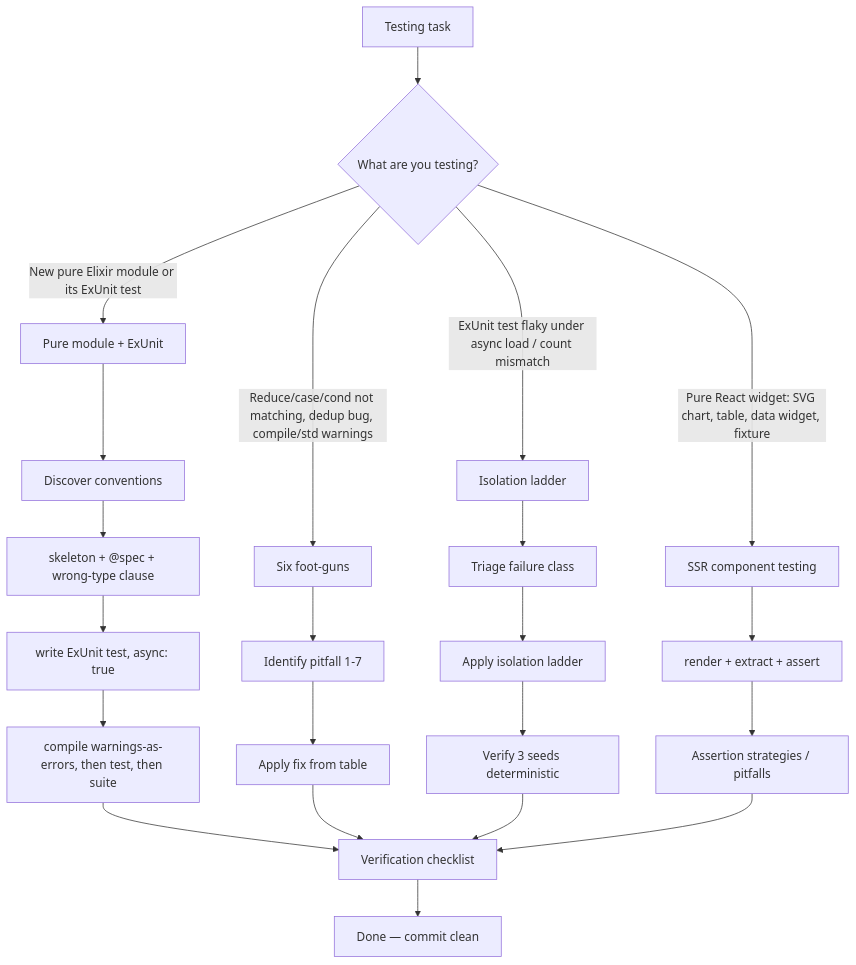
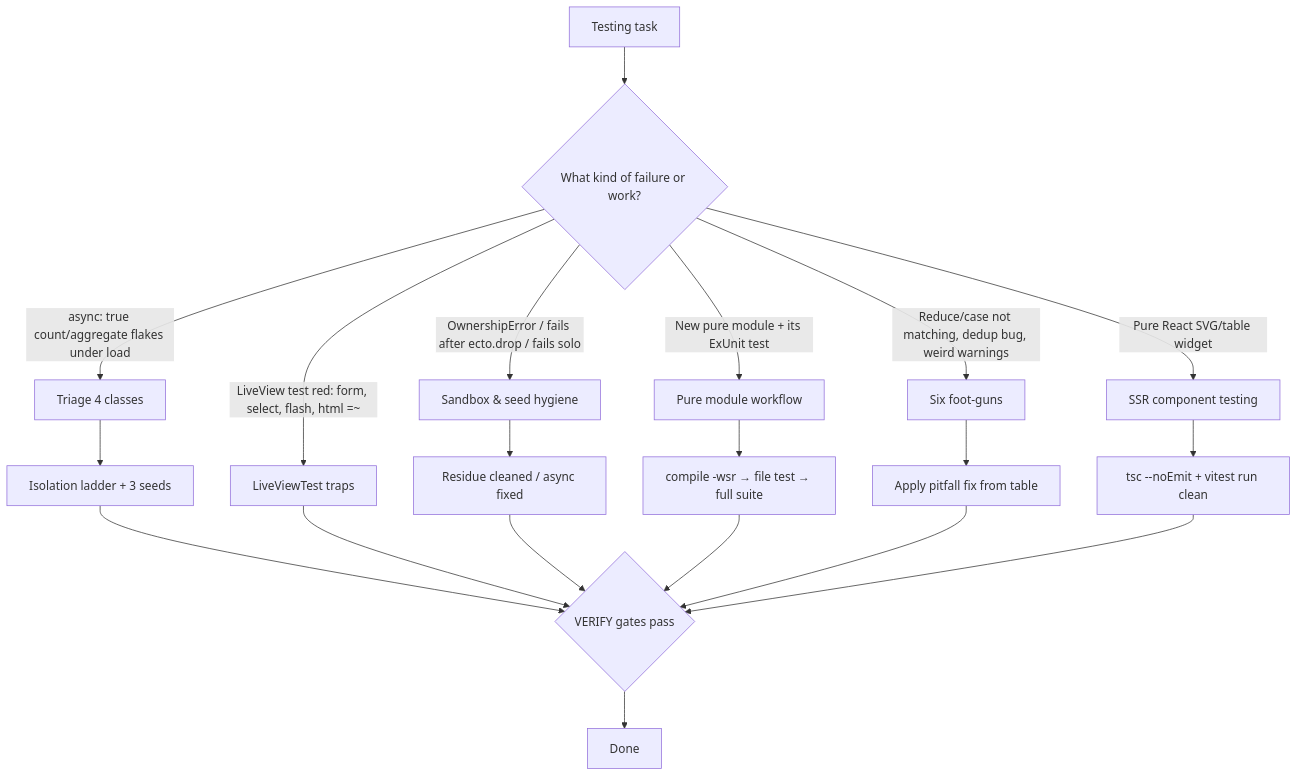
One commit to alvarolizama/elixir-skills changed the diagram in skills/elixir-testing/SKILL.md. Above: the diagram before and after it, drawn with Mermaid. The commit also changed other lines of this file and 371 other files, not shown here.

````diff
--- a/skills/elixir-testing/SKILL.md
+++ b/skills/elixir-testing/SKILL.md
@@ -23,29 +22,17 @@
 ```mermaid
 flowchart TD
-    A[Testing task] --> B{What are you testing?}
-    B -->|New pure Elixir module or its ExUnit test| C[Pure module + ExUnit]
-    B -->|Reduce/case/cond not matching, dedup bug, compile/std warnings| P[Six foot-guns]
-    B -->|ExUnit test flaky under async load / count mismatch| F[Isolation ladder]
-    B -->|Pure React widget: SVG chart, table, data widget, fixture| R[SSR component testing]
-
-    C --> C1[Discover conventions]
-    C1 --> C2[skeleton + @spec + wrong-type clause]
-    C2 --> C3[write ExUnit test, async: true]
-    C3 --> C4[compile warnings-as-errors, then test, then suite]
-
-    P --> P1[Identify pitfall 1-7]
-    P1 --> P2[Apply fix from table]
-
-    F --> F1[Triage failure class]
-    F1 --> F2[Apply isolation ladder]
-    F2 --> F3[Verify 3 seeds deterministic]
-
-    R --> R1[render + extract + assert]
-    R1 --> R2[Assertion strategies / pitfalls]
-
-    C4 --> D[Verification checklist]
-    P2 --> D
-    F3 --> D
-    R2 --> D
-    D --> E[Done — commit clean]
+    A[Testing task] --> B{What kind of failure or work?}
+    B -->|New pure module + its ExUnit test| C[Pure module workflow]
+    B -->|Reduce/case not matching, dedup bug, weird warnings| P[Six foot-guns]
+    B -->|async: true count/aggregate flakes under load| F[Triage 4 classes]
+    B -->|LiveView test red: form, select, flash, html =~| L[LiveViewTest traps]
+    B -->|OwnershipError / fails after ecto.drop / fails solo| S[Sandbox & seed hygiene]
+    B -->|Pure React SVG/table widget| R[SSR component testing]
+    F --> F1[Isolation ladder + 3 seeds] --> V
+    L --> V
+    S --> S1[Residue cleaned / async fixed] --> V
+    C --> C1[compile -wsr → file test → full suite] --> V
+    P --> P1[Apply pitfall fix from table] --> V
+    R --> R1[tsc --noEmit + vitest run clean] --> V
+    V{VERIFY gates pass} --> D[Done]
 ```
````
